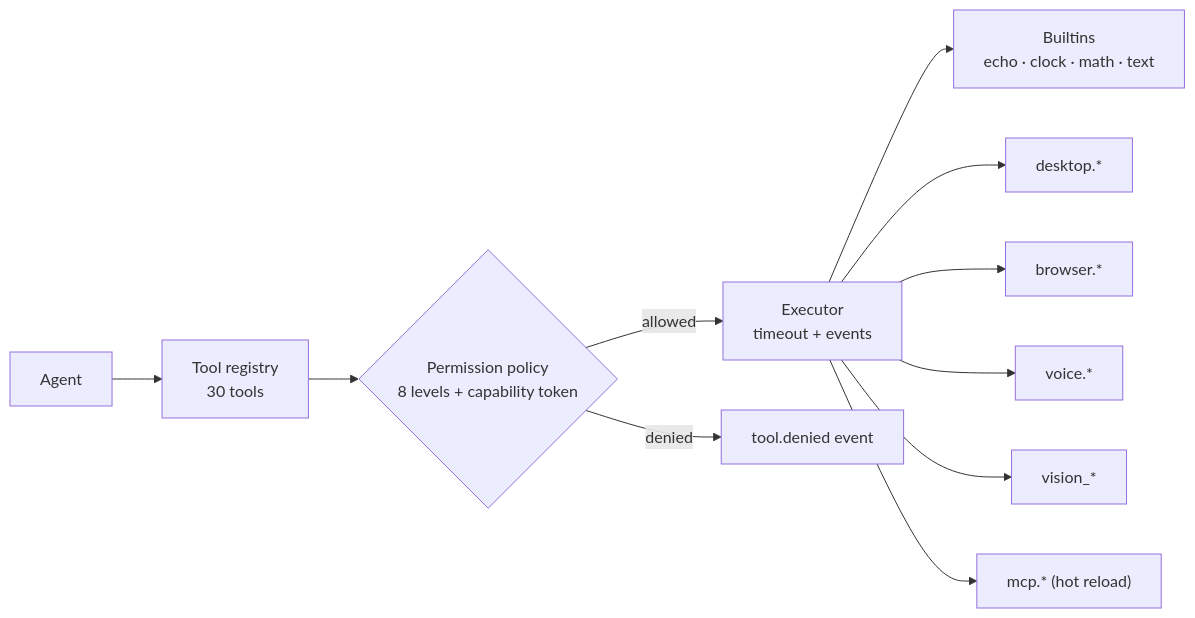
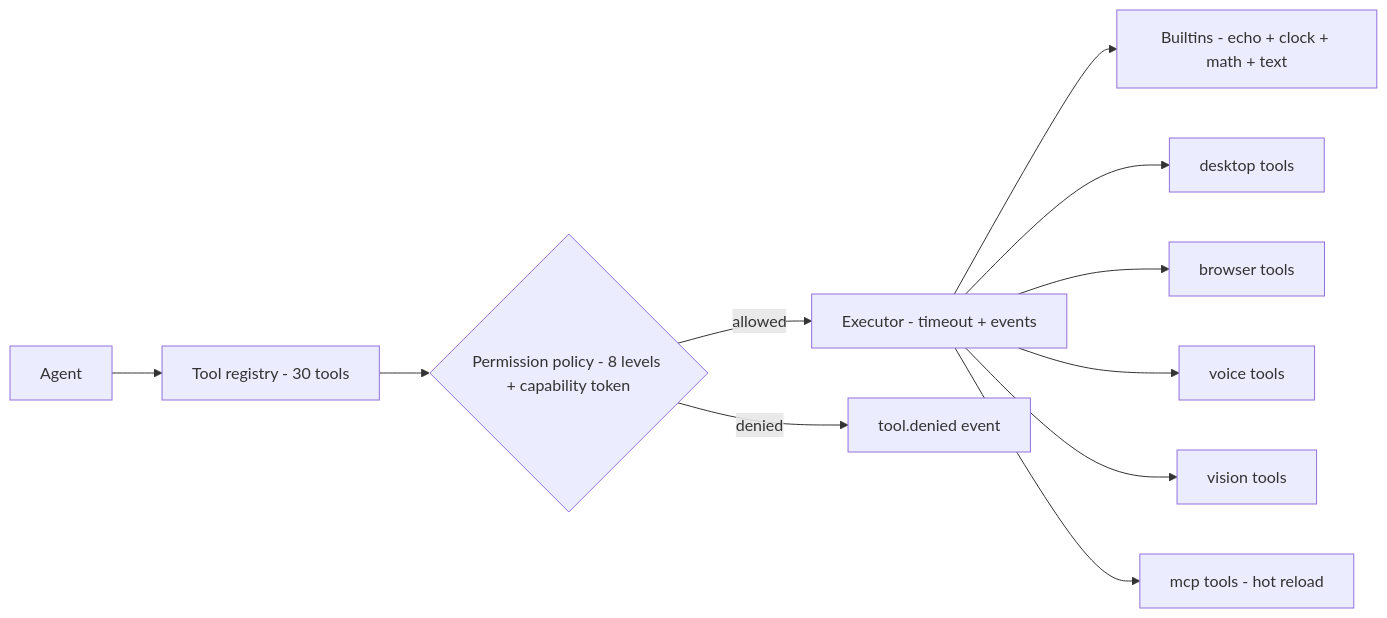
One commit to MrDecryptDecipher/EmilyOS changed the tenth of 18 diagrams in README.md. Above: the diagram before and after it, drawn with Mermaid. The commit also changed other lines of this file and 1 other file, not shown here.

First line of the commit message:
docs: fix Mermaid rendering on GitHub + add inline launch-film GIF

````diff
--- a/README.md
+++ b/README.md
@@ -294,13 +301,13 @@
 ```mermaid
 flowchart LR
-  AG["Agent"] --> REG["Tool registry<br/>30 tools"]
-  REG --> POL{"Permission policy<br/>8 levels + capability token"}
-  POL -->|allowed| EX["Executor<br/>timeout + events"]
+  AG["Agent"] --> REG["Tool registry - 30 tools"]
+  REG --> POL{"Permission policy - 8 levels + capability token"}
+  POL -->|allowed| EX["Executor - timeout + events"]
   POL -->|denied| DENY["tool.denied event"]
-  EX --> B["Builtins<br/>echo · clock · math · text"]
-  EX --> D["desktop.*"]
-  EX --> R["browser.*"]
-  EX --> V["voice.*"]
-  EX --> S["vision_*"]
-  EX --> M["mcp.* (hot reload)"]
+  EX --> B["Builtins - echo + clock + math + text"]
+  EX --> D["desktop tools"]
+  EX --> R["browser tools"]
+  EX --> V["voice tools"]
+  EX --> S["vision tools"]
+  EX --> M["mcp tools - hot reload"]
 ```
````
